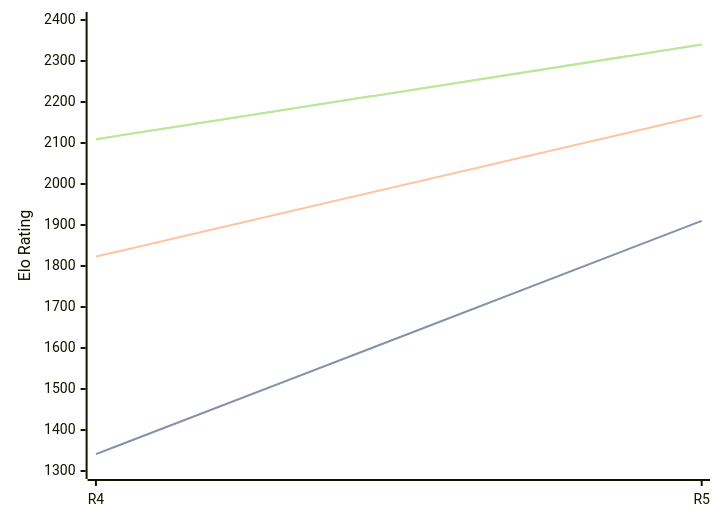
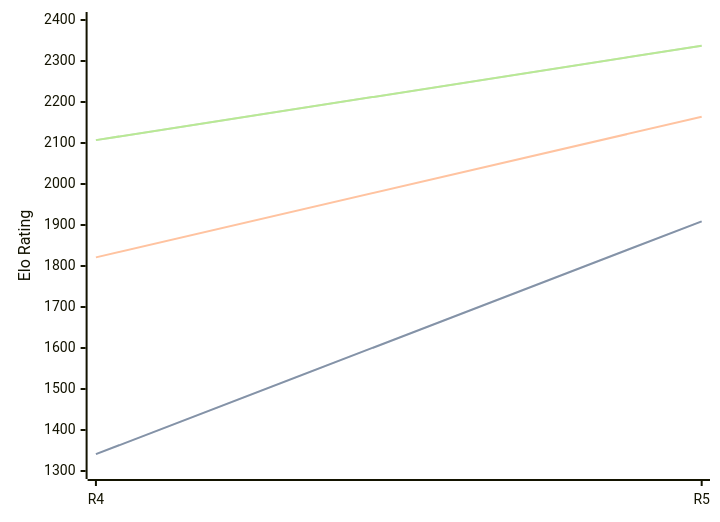
One commit to computer-chess-index/cci changed the diagram in engines/Viking.md. Above: the diagram before and after it, drawn with Mermaid. The commit also changed other lines of this file, not shown here.

Commit message:
Update CCI Ratings (ELO VLTC) - 2026-08-12

````diff
--- a/engines/Viking.md
+++ b/engines/Viking.md
@@ -35,11 +35,11 @@
 ```mermaid
 %%{init: {"theme":"base","themeVariables":{"seriesColors:['#a3a3a3','#222221','#faa371']}}}%%
 xychart-beta
   x-axis ["R4", "R5"]
   y-axis "Elo Rating" 1300 --> 2400
-  line "STC (8.0+0.08s)" [1341, 1910]
-  line "STC (8.0+0.08s)" [1341, 1910]
-  line "LTC (60.0+0.60s)" [1823, 2167]
-  line "VLTC (2m24s+1.12s)" [2109, 2340]
-  line "VLTC (2m24s+1.12s)" [2109, 2340]
+  line "STC (8.0+0.08s)" [1341, 1909]
+  line "STC (8.0+0.08s)" [1341, 1909]
+  line "LTC (60.0+0.60s)" [1821, 2164]
+  line "VLTC (2m24s+1.12s)" [2107, 2337]
+  line "VLTC (2m24s+1.12s)" [2107, 2337]
 ```
````
